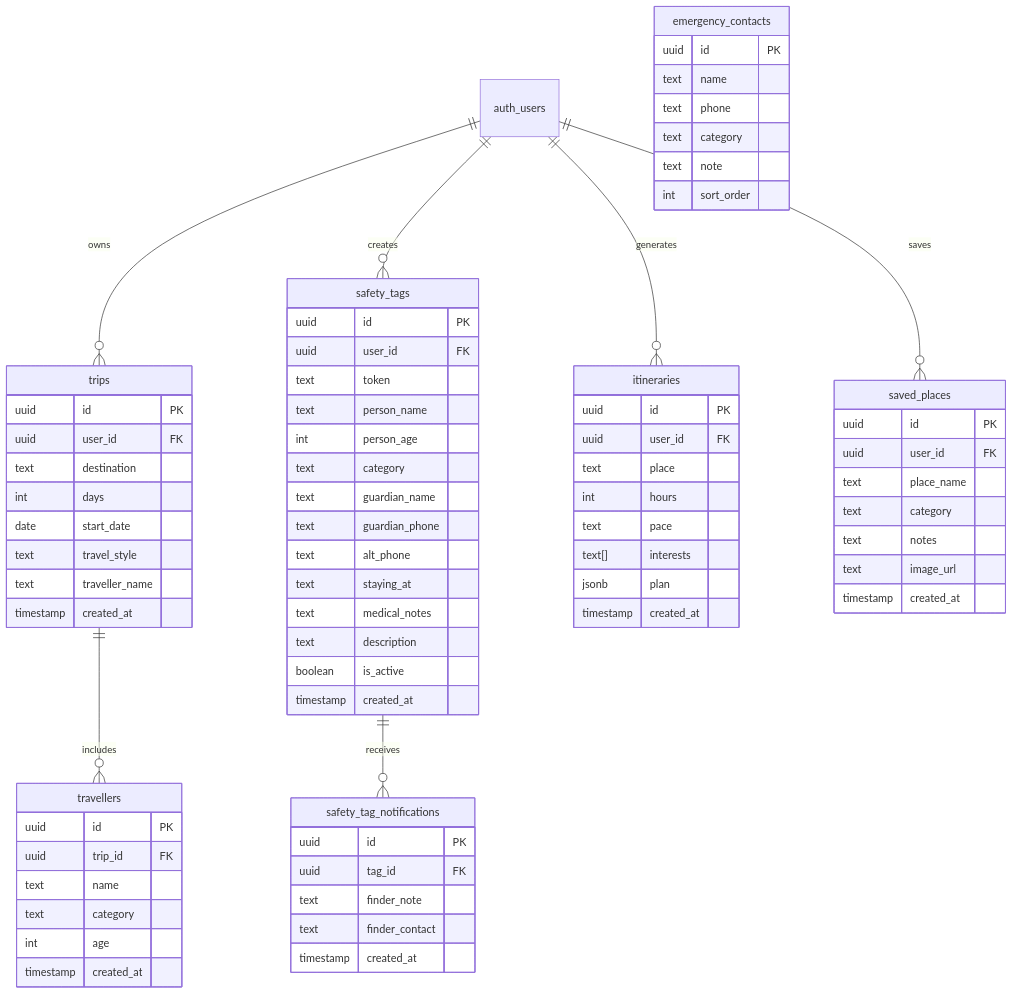
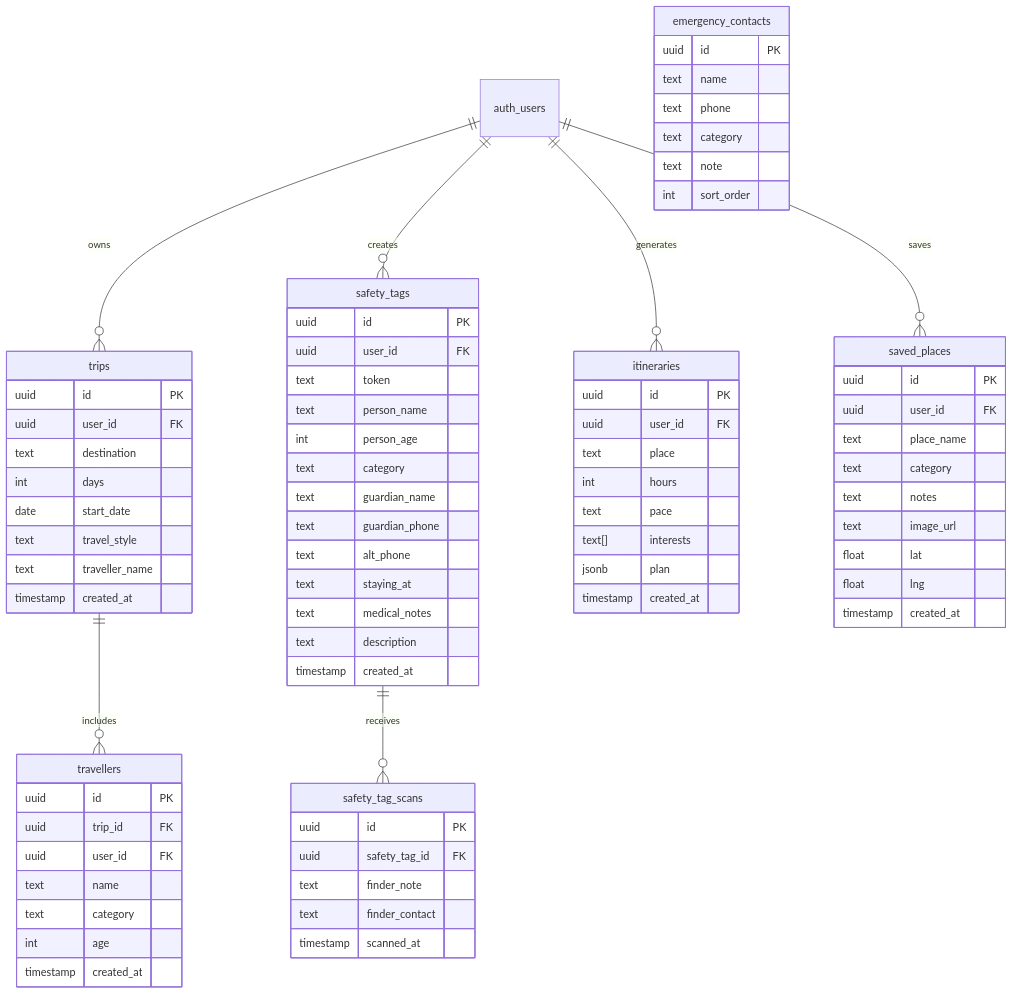
One commit to Prajj11/Safr-AI changed the diagram in information.md. Above: the diagram before and after it, drawn with Mermaid. The commit also changed other lines of this file and 2 other files, not shown here.

```diff
--- a/information.md
+++ b/information.md
@@ -62,7 +64,7 @@
     auth_users ||--o{ itineraries : "generates"
     auth_users ||--o{ saved_places : "saves"
     trips ||--o{ travellers : "includes"
-    safety_tags ||--o{ safety_tag_notifications : "receives"
+    safety_tags ||--o{ safety_tag_scans : "receives"
 
     trips {
         uuid id PK
@@ -78,6 +80,7 @@
     travellers {
         uuid id PK
         uuid trip_id FK
+        uuid user_id FK
         text name
         text category
         int age
@@ -97,16 +100,15 @@
         text staying_at
         text medical_notes
         text description
-        boolean is_active
         timestamp created_at
     }
 
-    safety_tag_notifications {
+    safety_tag_scans {
         uuid id PK
-        uuid tag_id FK
+        uuid safety_tag_id FK
         text finder_note
         text finder_contact
-        timestamp created_at
+        timestamp scanned_at
     }
 
     saved_places {
@@ -116,6 +118,8 @@
         text category
         text notes
         text image_url
+        float lat
+        float lng
         timestamp created_at
     }
 
```
